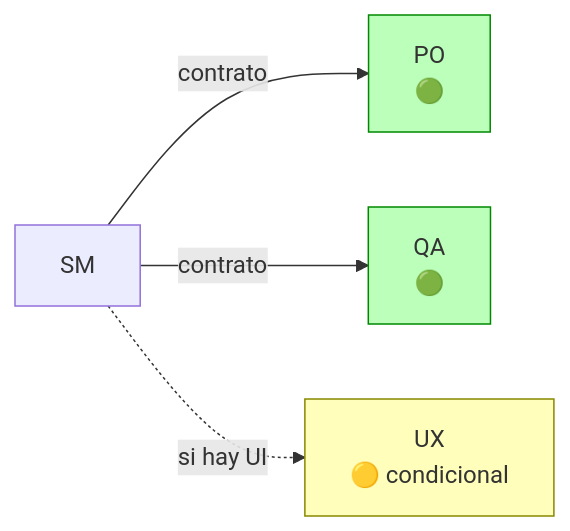
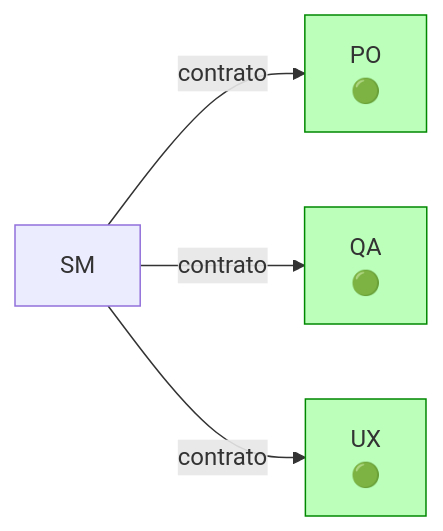
Before and after one commit to virgenherrera/idea-to-mvp: the third of 14 diagrams in docs/role-profiles.md, drawn with Mermaid. The commit also changed other lines of this file and 1 other file, not shown here.

````diff
--- a/docs/role-profiles.md
+++ b/docs/role-profiles.md
@@ -266,10 +266,10 @@
 ```mermaid
 flowchart LR
     SM_F2["SM"] -->|"contrato"| PO_F2["PO\n🟢"]
     SM_F2 -->|"contrato"| QA_F2["QA\n🟢"]
-    SM_F2 -.->|"si hay UI"| UX_F2["UX\n🟡 condicional"]
+    SM_F2 -->|"contrato"| UX_F2["UX\n🟢"]
 
     style PO_F2 fill:#bfb,stroke:#080
     style QA_F2 fill:#bfb,stroke:#080
-    style UX_F2 fill:#ffb,stroke:#880
+    style UX_F2 fill:#bfb,stroke:#080
 ```
````
